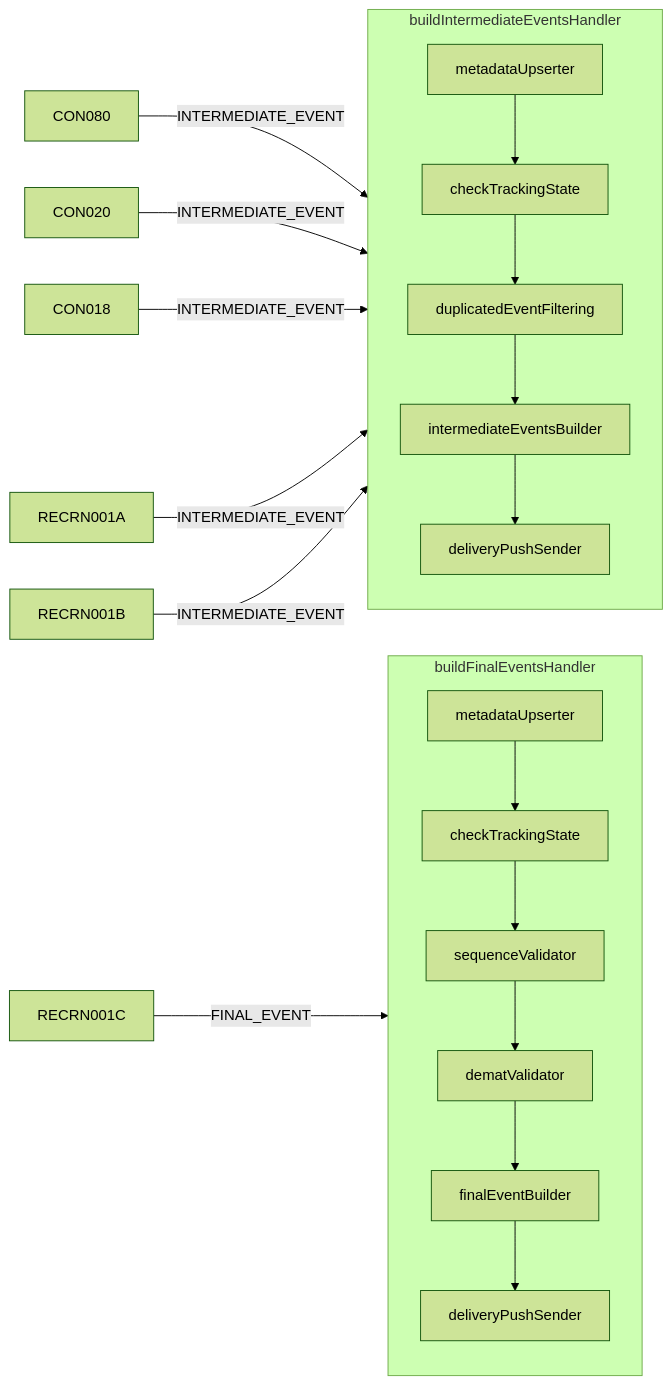
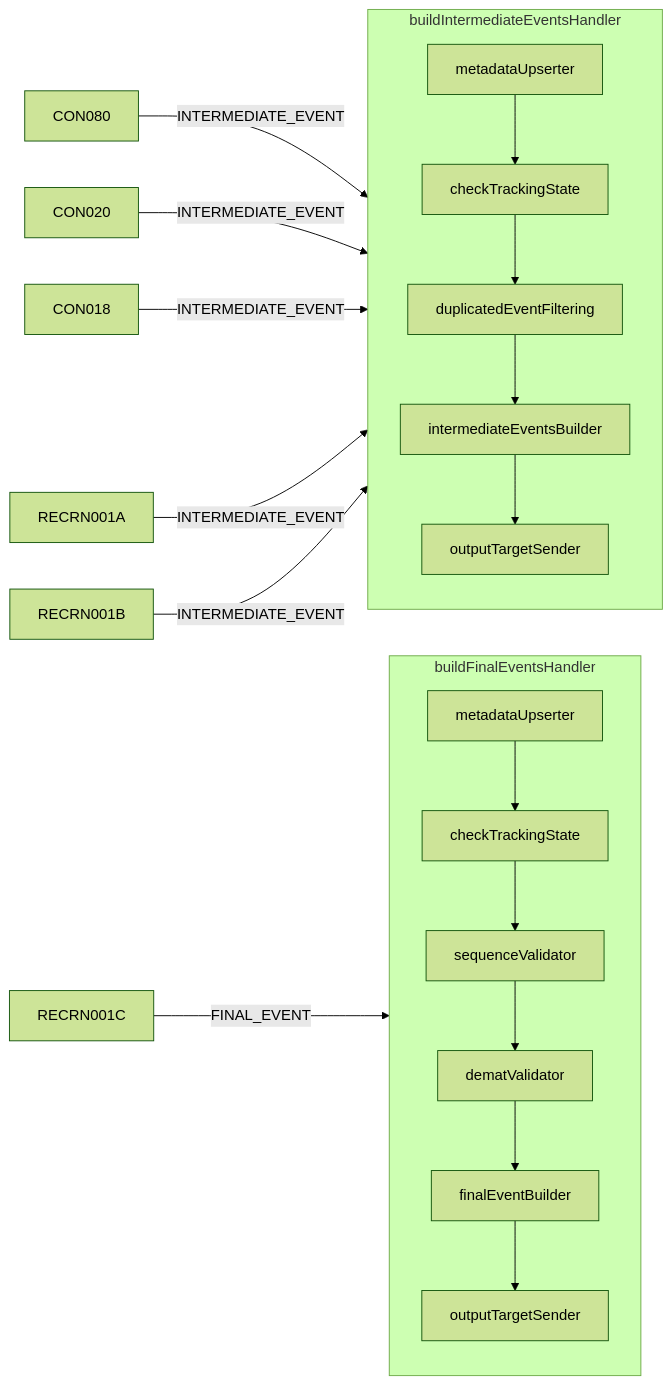
One commit to pagopa/pn-paper-tracker changed the first of 3 diagrams in docs/ms/ArchitetturaInterna.md. Above: the diagram before and after it, drawn with Mermaid (forest theme). The commit also changed other lines of this file and 1 other file, not shown here.

````diff
--- a/docs/ms/ArchitetturaInterna.md
+++ b/docs/ms/ArchitetturaInterna.md
@@ -68,31 +70,31 @@
 ```mermaid
 flowchart LR
 
     %% Eventi → Handler
     A[CON080] -->|INTERMEDIATE_EVENT| INT
     B[CON020] -->|INTERMEDIATE_EVENT| INT
     C[CON018] -->|INTERMEDIATE_EVENT| INT
     D[RECRN001A] -->|INTERMEDIATE_EVENT| INT
     E[RECRN001B] -->|INTERMEDIATE_EVENT| INT
 
     F[RECRN001C] -->|FINAL_EVENT| FIN
 
     %% Intermediate Handler
     subgraph INT[buildIntermediateEventsHandler]
         H1[metadataUpserter] --> 
         H2[checkTrackingState] --> 
         H3[duplicatedEventFiltering] --> 
         H4[intermediateEventsBuilder] --> 
-        H5[deliveryPushSender]
+        H5[outputTargetSender]
     end
 
     %% Final Handler
     subgraph FIN[buildFinalEventsHandler]
         I1[metadataUpserter] --> 
         I2[checkTrackingState] --> 
         I3[sequenceValidator] --> 
         I4[dematValidator] --> 
         I5[finalEventBuilder] --> 
-        I6[deliveryPushSender]
+        I6[outputTargetSender]
     end
 ```
````
